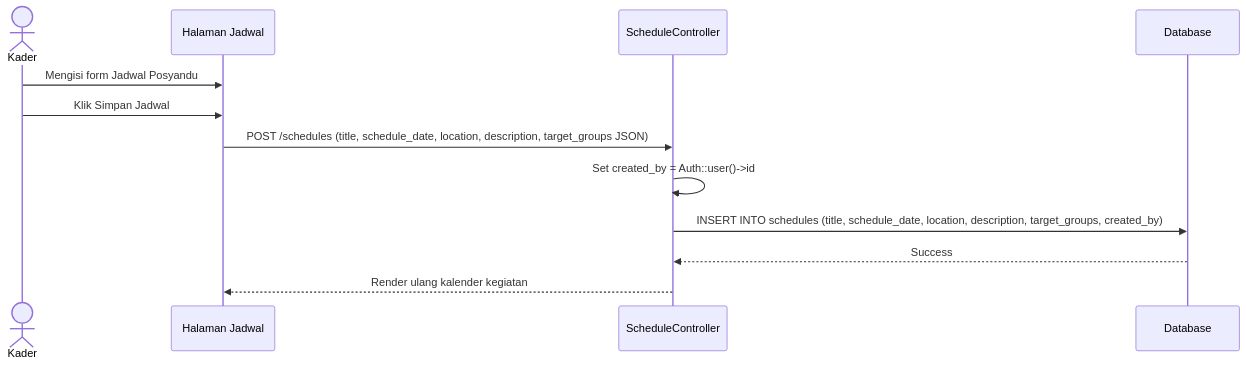
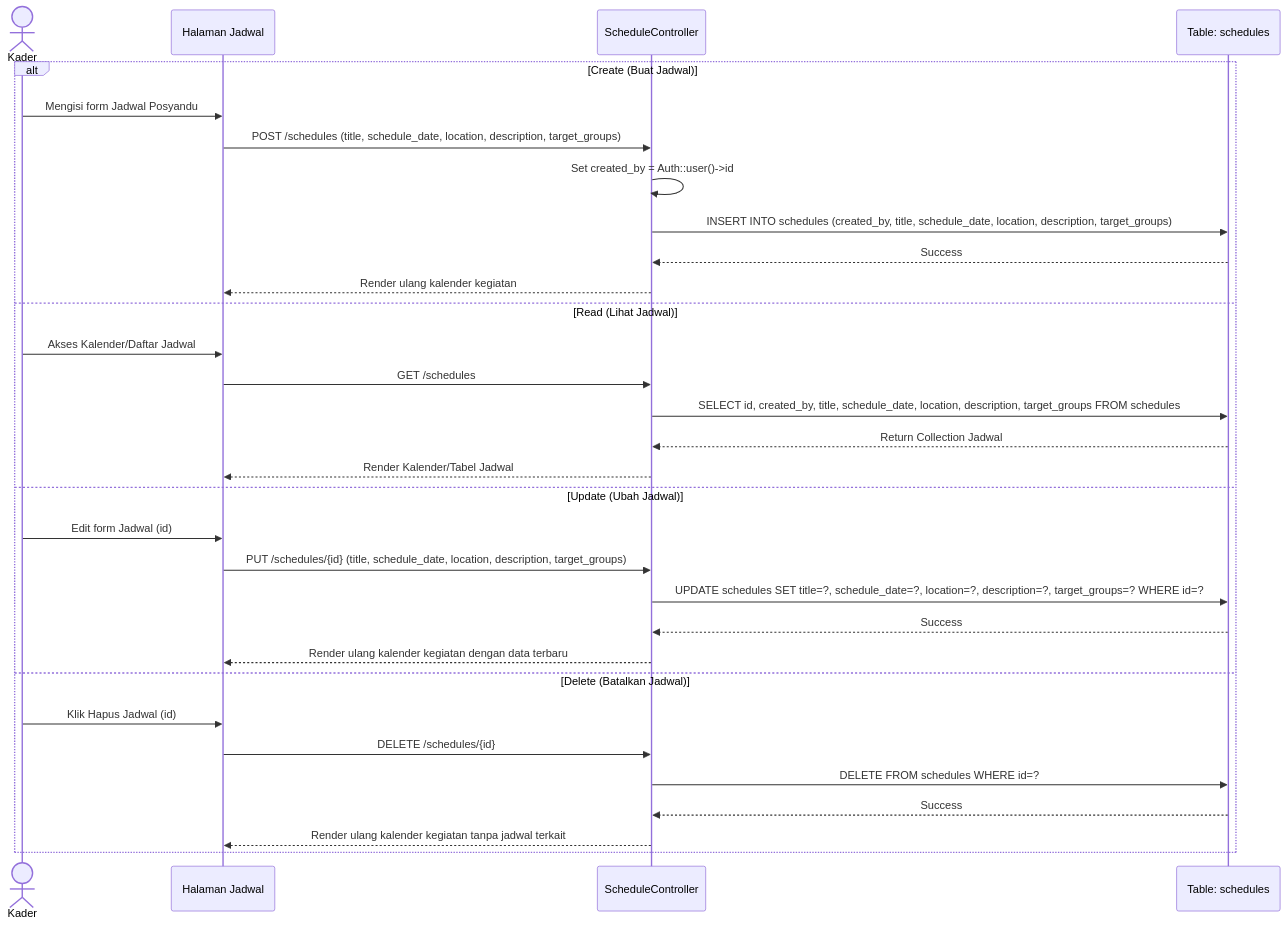
Before and after one commit to imamzaenuddin/sipintar: diagram 12 of 17 in doc/UML.md, drawn with Mermaid. The commit also changed other lines of this file, not shown here.

Commit message:
docs: add comprehensive UML documentation for SiPintar system architecture

````diff
--- a/doc/UML.md
+++ b/doc/UML.md
@@ -296,15 +323,34 @@
 ```mermaid
 sequenceDiagram
     actor Kader
     participant View as Halaman Jadwal
     participant Controller as ScheduleController
-    participant DB as Database
+    participant tbl_schedules as Table: schedules
 
-    Kader->>View: Mengisi form Jadwal Posyandu
-    Kader->>View: Klik Simpan Jadwal
-    View->>Controller: POST /schedules (title, schedule_date, location, description, target_groups JSON)
-    Controller->>Controller: Set created_by = Auth::user()->id
-    Controller->>DB: INSERT INTO schedules (title, schedule_date, location, description, target_groups, created_by)
-    DB-->>Controller: Success
-    Controller-->>View: Render ulang kalender kegiatan
+    alt Create (Buat Jadwal)
+        Kader->>View: Mengisi form Jadwal Posyandu
+        View->>Controller: POST /schedules (title, schedule_date, location, description, target_groups)
+        Controller->>Controller: Set created_by = Auth::user()->id
+        Controller->>tbl_schedules: INSERT INTO schedules (created_by, title, schedule_date, location, description, target_groups)
+        tbl_schedules-->>Controller: Success
+        Controller-->>View: Render ulang kalender kegiatan
+    else Read (Lihat Jadwal)
+        Kader->>View: Akses Kalender/Daftar Jadwal
+        View->>Controller: GET /schedules
+        Controller->>tbl_schedules: SELECT id, created_by, title, schedule_date, location, description, target_groups FROM schedules
+        tbl_schedules-->>Controller: Return Collection Jadwal
+        Controller-->>View: Render Kalender/Tabel Jadwal
+    else Update (Ubah Jadwal)
+        Kader->>View: Edit form Jadwal (id)
+        View->>Controller: PUT /schedules/{id} (title, schedule_date, location, description, target_groups)
+        Controller->>tbl_schedules: UPDATE schedules SET title=?, schedule_date=?, location=?, description=?, target_groups=? WHERE id=?
+        tbl_schedules-->>Controller: Success
+        Controller-->>View: Render ulang kalender kegiatan dengan data terbaru
+    else Delete (Batalkan Jadwal)
+        Kader->>View: Klik Hapus Jadwal (id)
+        View->>Controller: DELETE /schedules/{id}
+        Controller->>tbl_schedules: DELETE FROM schedules WHERE id=?
+        tbl_schedules-->>Controller: Success
+        Controller-->>View: Render ulang kalender kegiatan tanpa jadwal terkait
+    end
 ```
````
